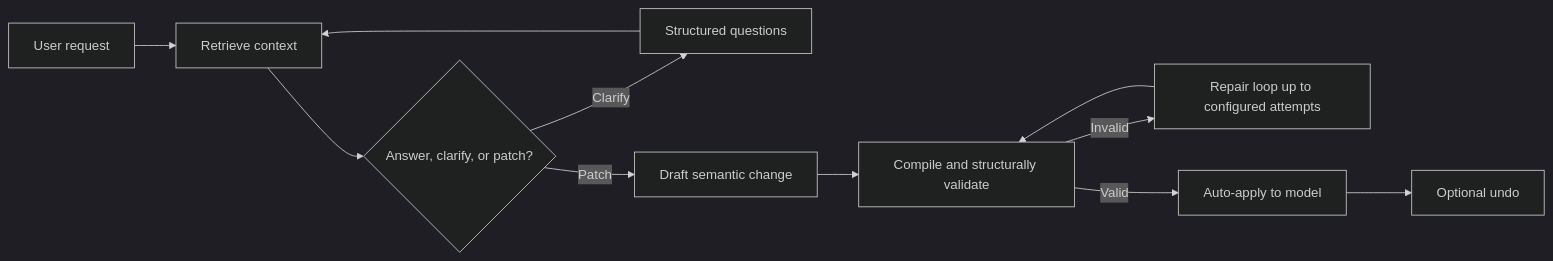
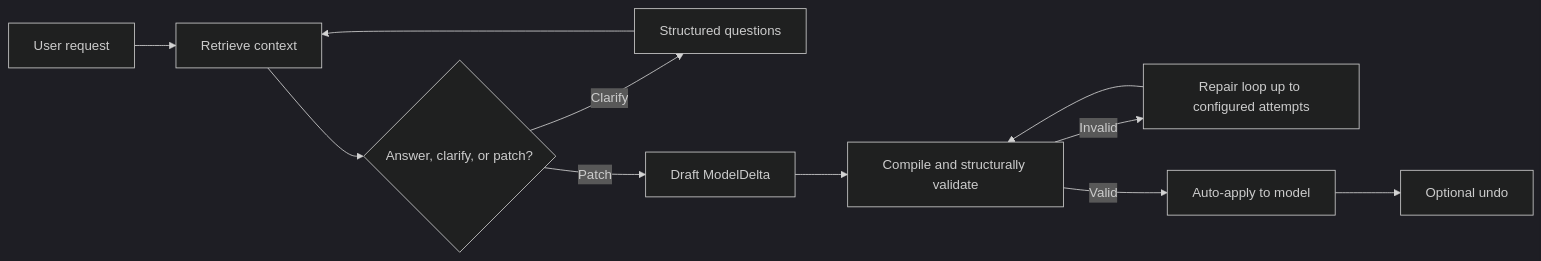
The diagram in docs/public-docs/docs/guides/ai-assistant.md (mehdieidi/modriss), drawn with Mermaid (dark theme) before and after one commit. The commit also changed other lines of this file and 70 other files, not shown here.

````diff
--- a/docs/public-docs/docs/guides/ai-assistant.md
+++ b/docs/public-docs/docs/guides/ai-assistant.md
@@ -47,13 +49,13 @@
 ```mermaid
 flowchart LR
     U["User request"] --> R["Retrieve context"]
     R --> I{"Answer, clarify, or patch?"}
     I -->|Clarify| Q["Structured questions"]
     Q --> R
-    I -->|Patch| D["Draft semantic change"]
+    I -->|Patch| D["Draft ModelDelta"]
     D --> V["Compile and structurally validate"]
     V -->|Invalid| X["Repair loop up to configured attempts"]
     X --> V
     V -->|Valid| AP["Auto-apply to model"]
     AP --> UN["Optional undo"]
 ```
````
